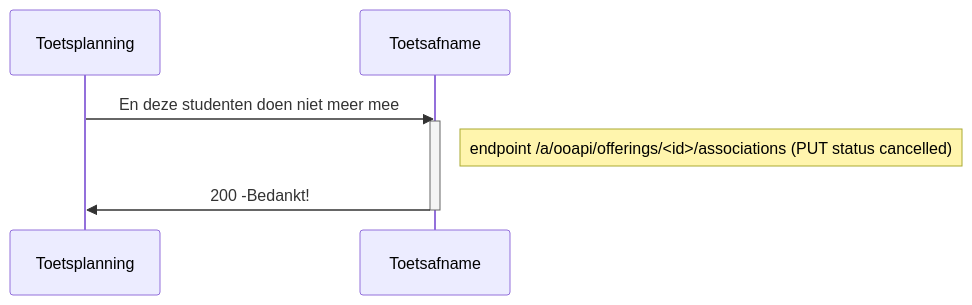
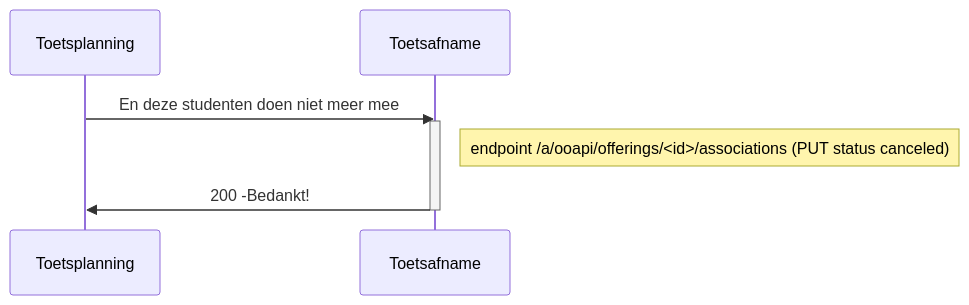
One commit to NetwerkExamineringDigitalisering/NED-OOAPI changed the sixth of 8 diagrams in doc/diagrams/flow2.md. Above: the diagram before and after it, drawn with Mermaid. The commit also changed other lines of this file, not shown here.

````diff
--- a/doc/diagrams/flow2.md
+++ b/doc/diagrams/flow2.md
@@ -230,8 +230,8 @@
 ```mermaid
 sequenceDiagram
     Toetsplanning->>Toetsafname: En deze studenten doen niet meer mee
     activate Toetsafname
-    Note right of Toetsafname: endpoint /a/ooapi/offerings/<id>/associations (PUT status cancelled)
+    Note right of Toetsafname: endpoint /a/ooapi/offerings/<id>/associations (PUT status canceled)
     Toetsafname->>Toetsplanning: 200 -Bedankt!
     deactivate Toetsafname
 ```
````
